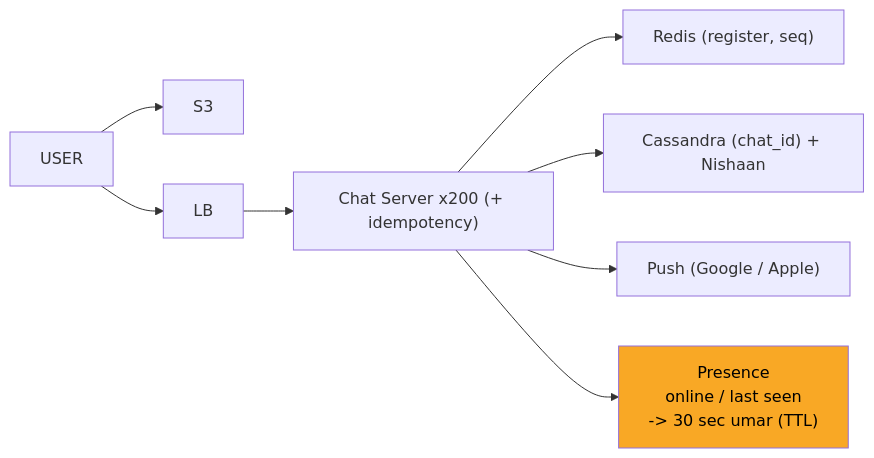
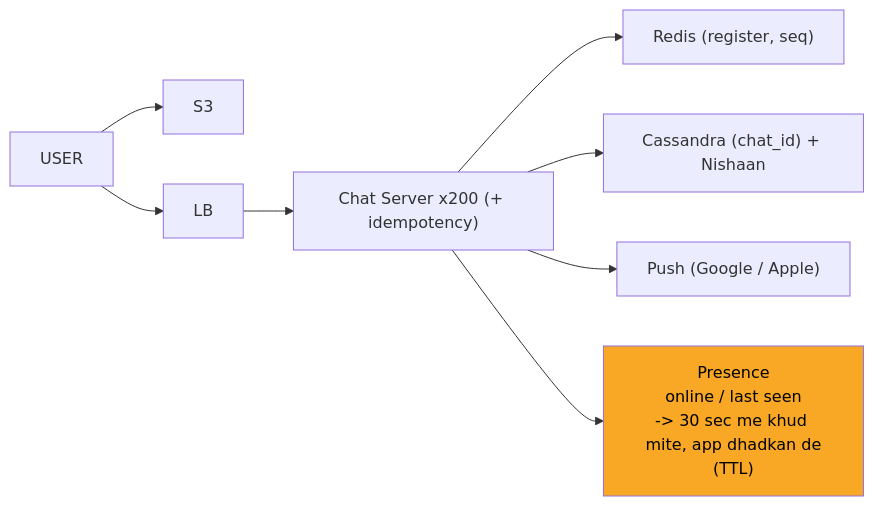
Before and after one commit to ArpanMaheshwari144/Prep: diagram 11 of 12 in 04_HLD/SYSTEM_DESIGNS/14_chat_messaging/14_chat_messaging.md, drawn with Mermaid. The commit also changed other lines of this file and 13 other files, not shown here.

````diff
--- a/04_HLD/SYSTEM_DESIGNS/14_chat_messaging/14_chat_messaging.md
+++ b/04_HLD/SYSTEM_DESIGNS/14_chat_messaging/14_chat_messaging.md
@@ -416,19 +416,19 @@
 ```mermaid
 flowchart LR
     n_S3["S3"]
     n_U["USER"]
     n_LB["LB"]
     n_CS["Chat Server x200 (+ idempotency)"]
     n_R["Redis (register, seq)"]
     n_CA["Cassandra (chat_id) + Nishaan"]
     n_P["Push (Google / Apple)"]
-    n_PR["Presence<br/>online / last seen<br/>-> 30 sec umar (TTL)"]
+    n_PR["Presence<br/>online / last seen<br/>-> 30 sec me khud mite, app dhadkan de<br/>(TTL)"]
     n_U --> n_S3
     n_U --> n_LB
     n_LB --> n_CS
     n_CS --> n_R
     n_CS --> n_CA
     n_CS --> n_P
     n_CS --> n_PR
     style n_PR fill:#f9a825,color:#000
 ```
````
